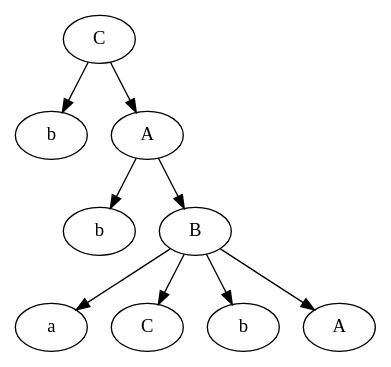
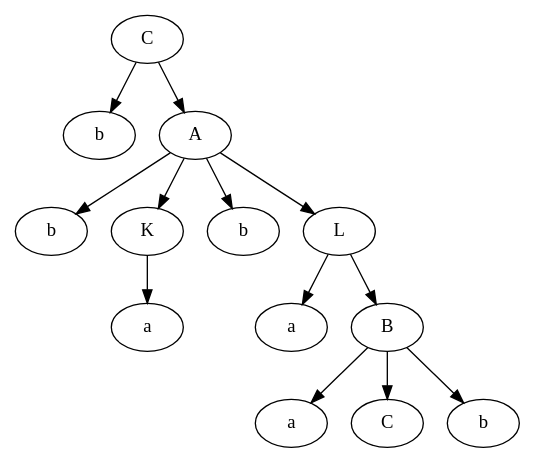
One commit to Barashkov-GO/tfl_lab3 changed the diagram in results/test5_C.gv. Above: the diagram before and after it, drawn with Graphviz. The commit also changed 8 other files, not shown here.

```diff
--- a/results/test5_C.gv
+++ b/results/test5_C.gv
@@ -1,20 +1,28 @@
 digraph G {
 	0[label="C"]
 	1[label="b"]
-	8[label="A"]
+	12[label="A"]
 	2[label="b"]
-	7[label="B"]
+	4[label="K"]
 	3[label="a"]
-	4[label="C"]
+	4->3
 	5[label="b"]
-	6[label="A"]
-	7->3
-	7->4
-	7->5
-	7->6
-	8->2
-	8->7
+	11[label="L"]
+	6[label="a"]
+	10[label="B"]
+	7[label="a"]
+	8[label="C"]
+	9[label="b"]
+	10->7
+	10->8
+	10->9
+	11->6
+	11->10
+	12->2
+	12->4
+	12->5
+	12->11
 	0->1
-	0->8
+	0->12
 
 }
```
